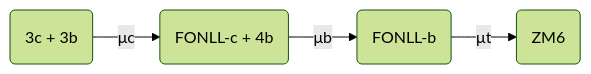
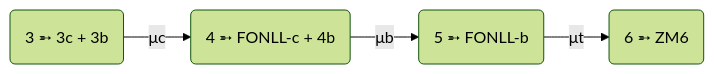
One commit to alecandido/slides changed the diagram in slidev/phd-thesis/pages/dis.md. Above: the diagram before and after it, drawn with Mermaid (forest theme). The commit also changed other lines of this file and 13 other files, not shown here.

````diff
--- a/slidev/phd-thesis/pages/dis.md
+++ b/slidev/phd-thesis/pages/dis.md
@@ -81,4 +84,4 @@
 ```mermaid
 flowchart LR
-  3(3c + 3b) -- μc --> 4(FONLL-c + 4b) -- μb --> 5(FONLL-b) -- μt --> 6(ZM6)
+  3("3 ➵ 3c + 3b") -- μc --> 4("4 ➵ FONLL-c + 4b") -- μb --> 5("5 ➵ FONLL-b") -- μt --> 6("6 ➵ ZM6")
 ```
````
